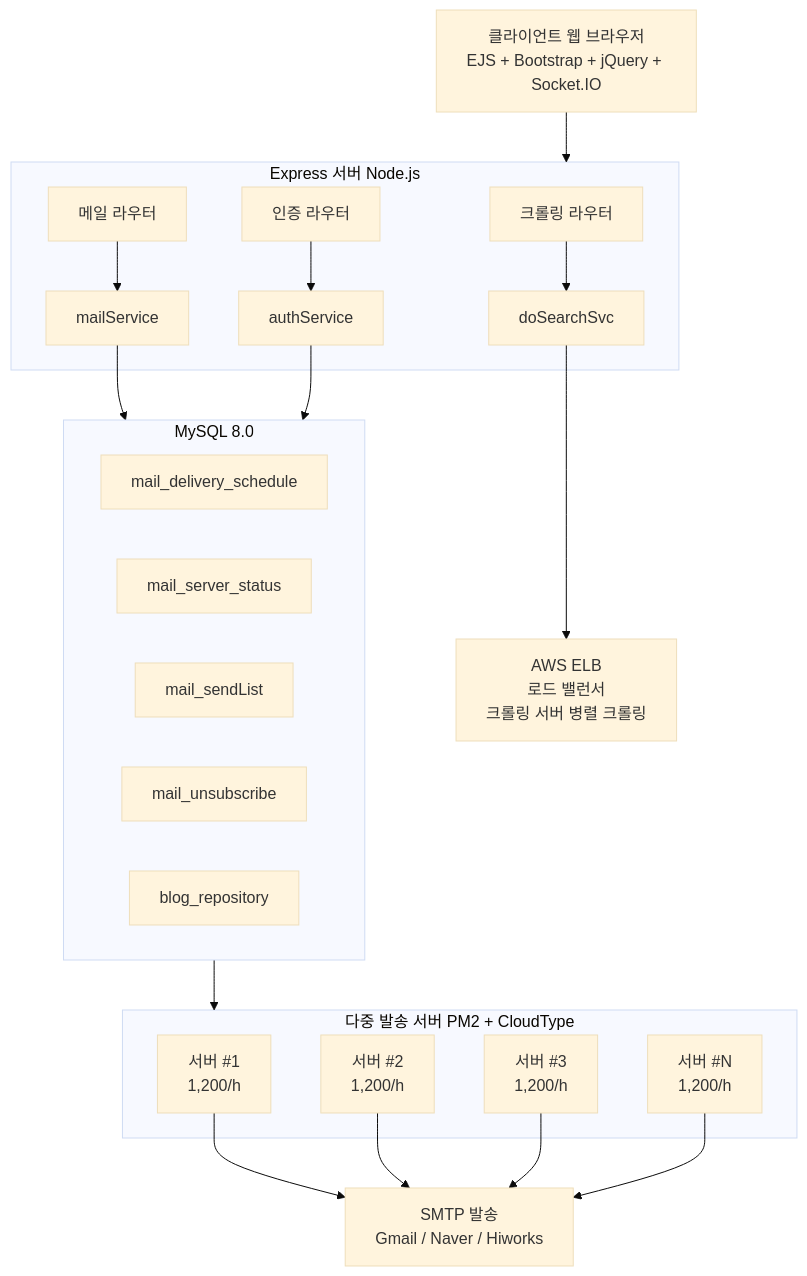
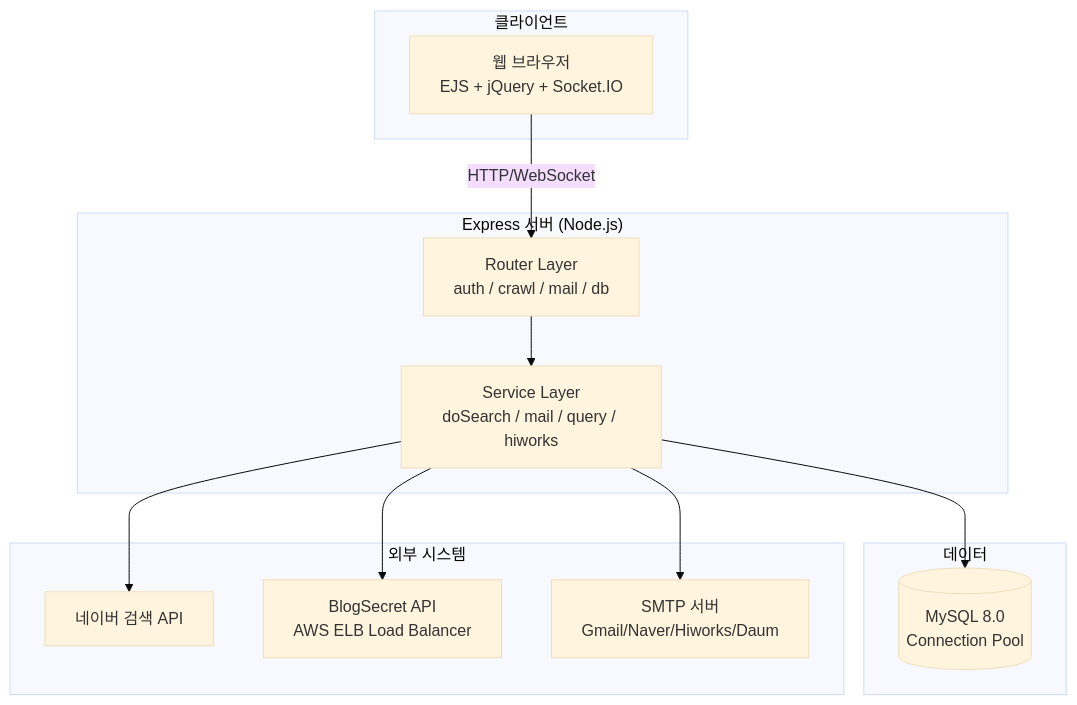
The first of 2 diagrams in content/Project/N사 인플루언서 마케팅/네이버 인플루언서 마케팅 플랫폼 구축.md (bis0908/fork-my-brain), drawn with Mermaid (base theme) before and after one commit. The commit also changed other lines of this file and 12 other files, not shown here.

````diff
--- a/content/Project/N사 인플루언서 마케팅/네이버 인플루언서 마케팅 플랫폼 구축.md
+++ b/content/Project/N사 인플루언서 마케팅/네이버 인플루언서 마케팅 플랫폼 구축.md
@@ -264,47 +28,28 @@
 ```mermaid
-flowchart TB
-    Client[클라이언트 웹 브라우저<br/>EJS + Bootstrap + jQuery + Socket.IO]
-
-    subgraph ExpressServer[Express 서버 Node.js]
-        Router1[크롤링 라우터]
-        Router2[메일 라우터]
-        Router3[인증 라우터]
-
-        Service1[doSearchSvc]
-        Service2[mailService]
-        Service3[authService]
-
-        Router1 --> Service1
-        Router2 --> Service2
-        Router3 --> Service3
+graph TB
+    subgraph Client["클라이언트"]
+        Web[웹 브라우저<br/>EJS + jQuery + Socket.IO]
     end
 
-    ELB[AWS ELB<br/>로드 밸런서<br/>크롤링 서버 병렬 크롤링]
-
-    subgraph Database[MySQL 8.0]
-        DB1[mail_delivery_schedule]
-        DB2[mail_server_status]
-        DB3[mail_sendList]
-        DB4[mail_unsubscribe]
-        DB5[blog_repository]
+    subgraph Server["Express 서버 (Node.js)"]
+        Router[Router Layer<br/>auth / crawl / mail / db]
+        Service[Service Layer<br/>doSearch / mail / query / hiworks]
     end
 
-    subgraph MailServers[다중 발송 서버 PM2 + CloudType]
-	    MS1[서버 #1<br/>1,200/h]
-        MS2[서버 #2<br/>1,200/h]
-        MS3[서버 #3<br/>1,200/h]
-        MSN[서버 #N<br/>1,200/h]
+    subgraph Data["데이터"]
+        MySQL[(MySQL 8.0<br/>Connection Pool)]
     end
 
-    SMTP[SMTP 발송<br/>Gmail / Naver / Hiworks]
+    subgraph External["외부 시스템"]
+        Naver[네이버 검색 API]
+        BlogAPI[BlogSecret API<br/>AWS ELB Load Balancer]
+        SMTP[SMTP 서버<br/>Gmail/Naver/Hiworks/Daum]
+    end
 
-    Client --> ExpressServer
-    Service1 --> ELB
-    Service2 --> Database
-    Service3 --> Database
-    Database --> MailServers
-    MS1 --> SMTP
-    MS2 --> SMTP
-    MS3 --> SMTP
-    MSN --> SMTP
+    Web -->|HTTP/WebSocket| Router
+    Router --> Service
+    Service --> MySQL
+    Service --> Naver
+    Service --> BlogAPI
+    Service --> SMTP
 ```
````
